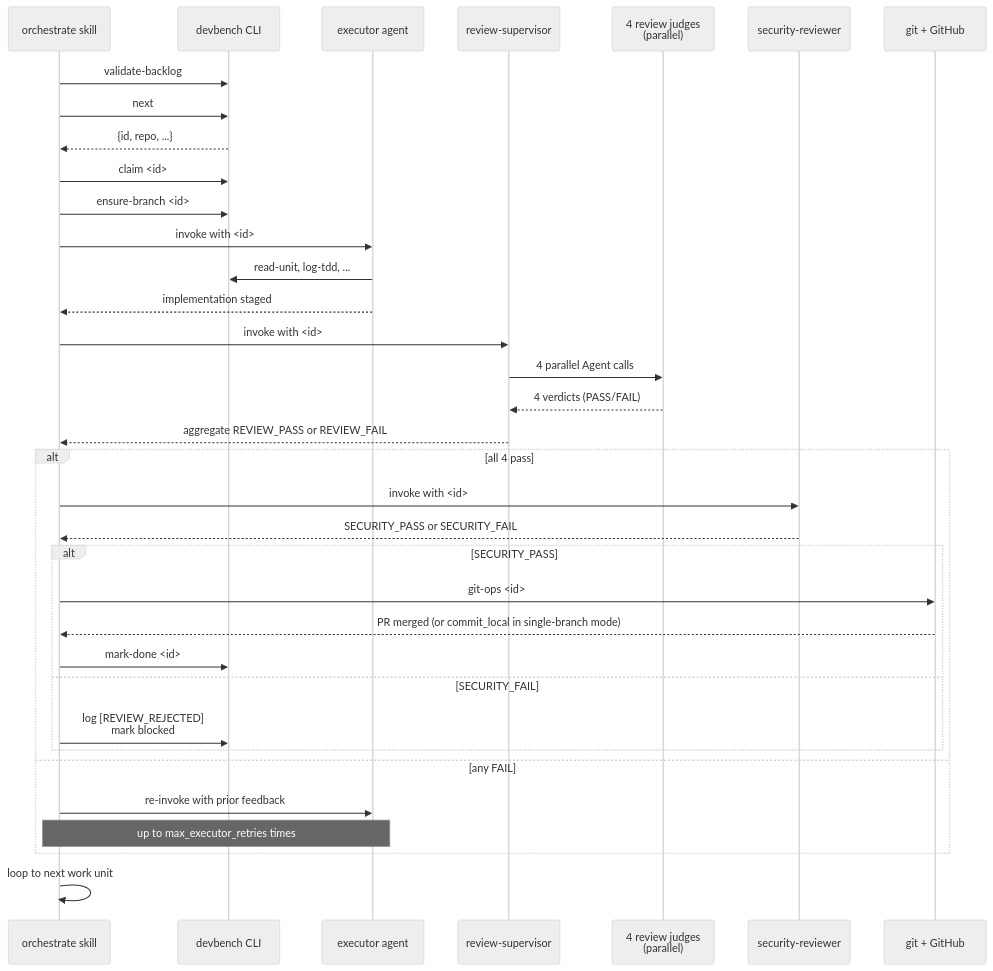
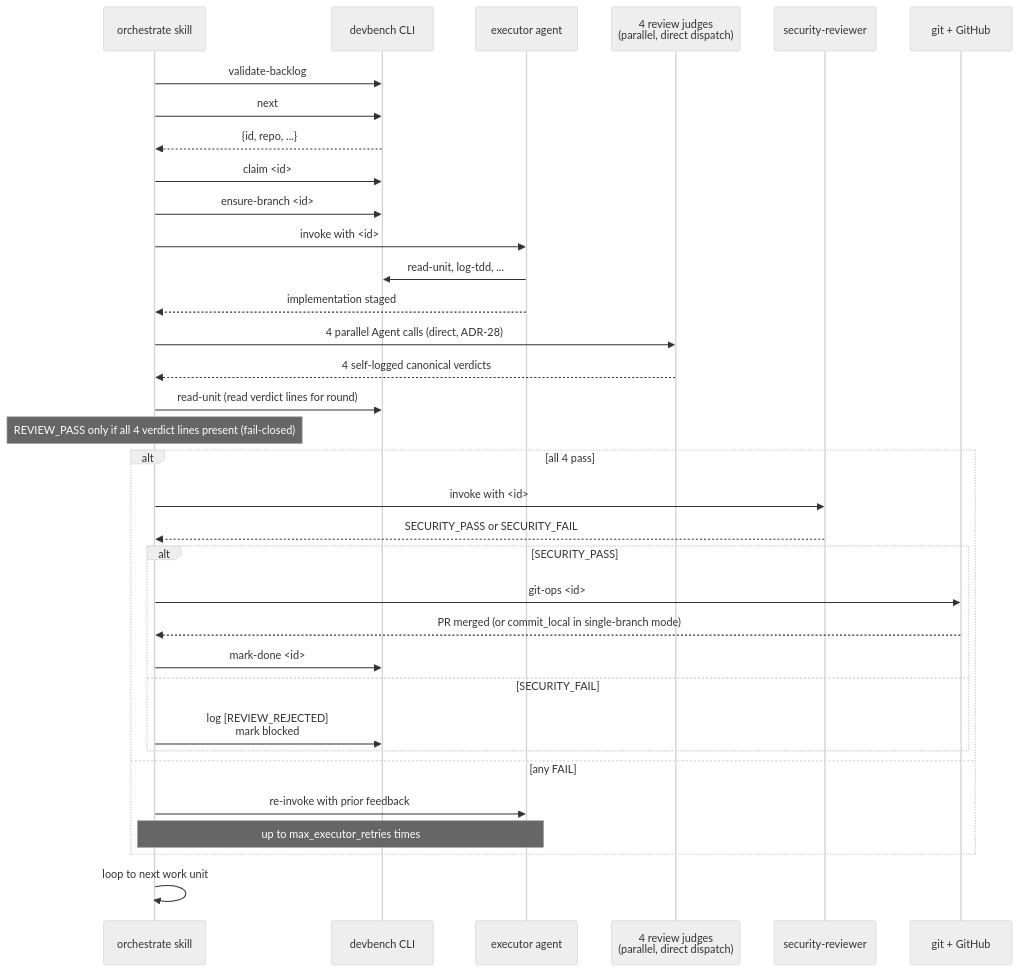
Before and after one commit to caylent-solutions/devbench: the third of 6 diagrams in docs/architecture.md, drawn with Mermaid (neutral theme). The commit also changed other lines of this file and 19 other files, not shown here.

````diff
--- a/docs/architecture.md
+++ b/docs/architecture.md
@@ -196,38 +196,37 @@
 ```mermaid
 sequenceDiagram
   participant Skill as orchestrate skill
   participant CLI as devbench CLI
   participant Exec as executor agent
-  participant RS as review-supervisor
-  participant Judges as 4 review judges<br/>(parallel)
+  participant Judges as 4 review judges<br/>(parallel, direct dispatch)
   participant Sec as security-reviewer
   participant Git as git + GitHub
 
   Skill->>CLI: validate-backlog
   Skill->>CLI: next
   CLI-->>Skill: {id, repo, ...}
   Skill->>CLI: claim <id>
   Skill->>CLI: ensure-branch <id>
   Skill->>Exec: invoke with <id>
   Exec->>CLI: read-unit, log-tdd, ...
   Exec-->>Skill: implementation staged
-  Skill->>RS: invoke with <id>
-  RS->>Judges: 4 parallel Agent calls
-  Judges-->>RS: 4 verdicts (PASS/FAIL)
-  RS-->>Skill: aggregate REVIEW_PASS or REVIEW_FAIL
+  Skill->>Judges: 4 parallel Agent calls (direct, ADR-28)
+  Judges-->>Skill: 4 self-logged canonical verdicts
+  Skill->>CLI: read-unit (read verdict lines for round)
+  Note over Skill: REVIEW_PASS only if all 4 verdict lines present (fail-closed)
   alt all 4 pass
     Skill->>Sec: invoke with <id>
     Sec-->>Skill: SECURITY_PASS or SECURITY_FAIL
     alt SECURITY_PASS
       Skill->>Git: git-ops <id>
       Git-->>Skill: PR merged (or commit_local in single-branch mode)
       Skill->>CLI: mark-done <id>
     else SECURITY_FAIL
       Skill->>CLI: log [REVIEW_REJECTED]<br/>mark blocked
     end
   else any FAIL
     Skill->>Exec: re-invoke with prior feedback
     Note over Skill,Exec: up to max_executor_retries times
   end
   Skill->>Skill: loop to next work unit
 ```
````
